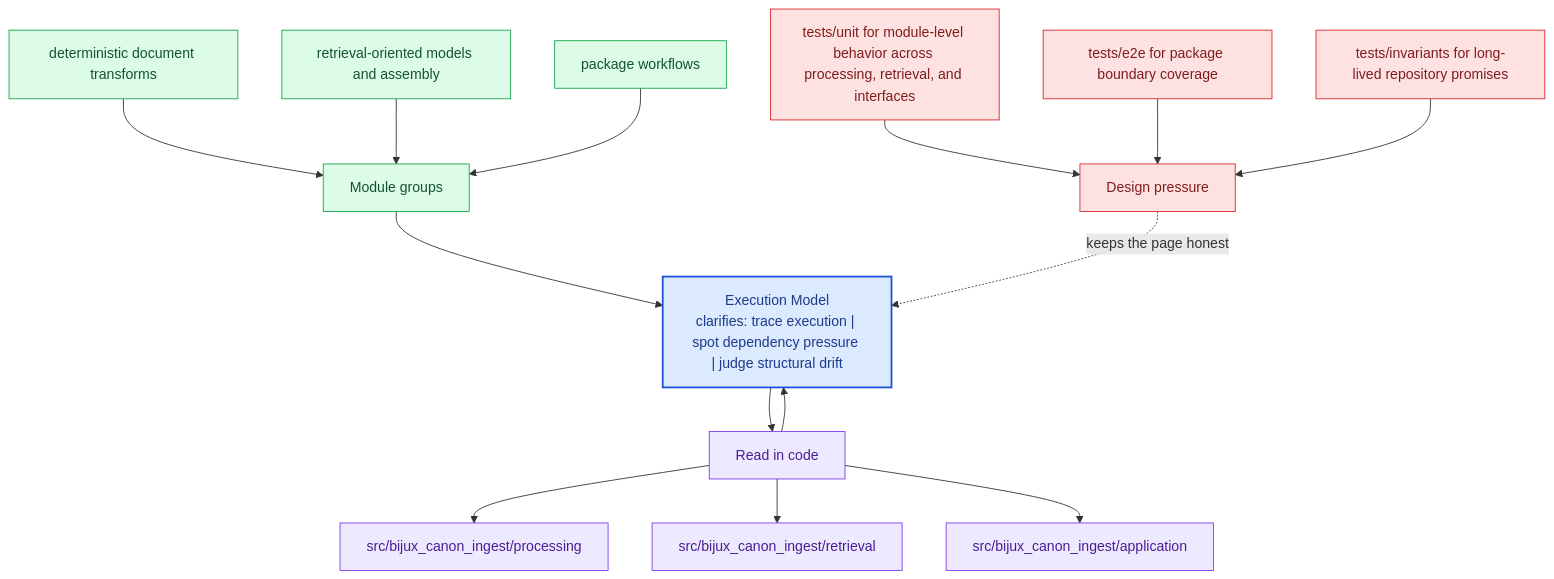
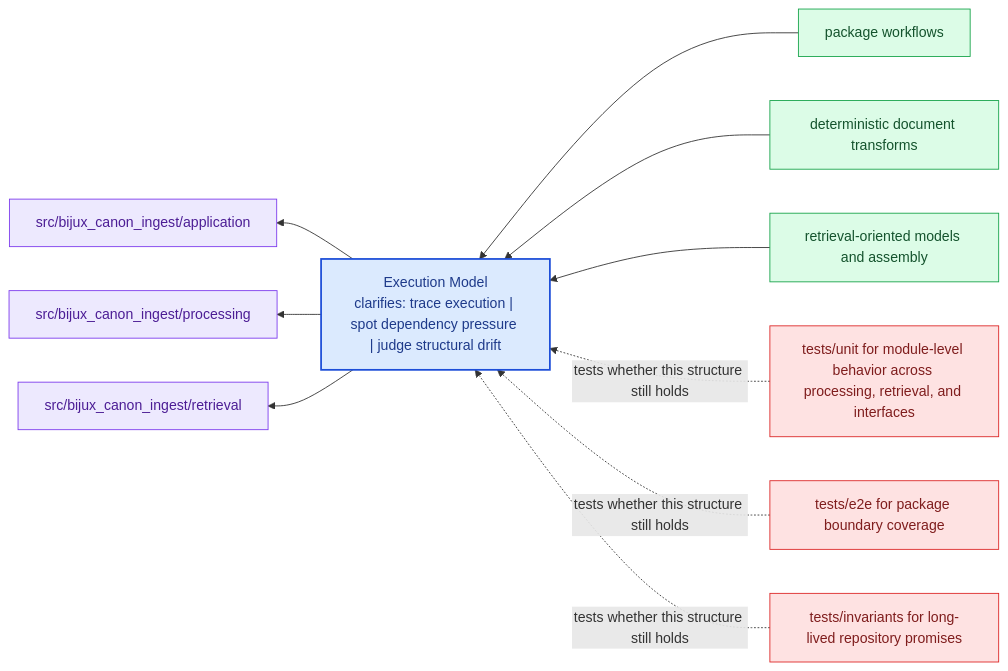
Before and after one commit to bijux/bijux-canon: the diagram in docs/bijux-canon-ingest/architecture/execution-model.md, drawn with Mermaid. The commit also changed other lines of this file and 281 other files, not shown here.

Commit message:
docs(diagrams): replace repeated mermaid scaffolds with page-specific summaries

````diff
--- a/docs/bijux-canon-ingest/architecture/execution-model.md
+++ b/docs/bijux-canon-ingest/architecture/execution-model.md
@@ -69,40 +24,31 @@
 ```mermaid
-flowchart TB
-    promise["Execution Model<br/>clarifies: trace execution | spot dependency pressure | judge structural drift"]
-    classDef promise fill:#dbeafe,stroke:#1d4ed8,color:#1e3a8a,stroke-width:2px;
-    classDef driver fill:#dcfce7,stroke:#16a34a,color:#14532d;
-    classDef constraint fill:#fee2e2,stroke:#dc2626,color:#7f1d1d;
-    classDef ground fill:#ede9fe,stroke:#7c3aed,color:#4c1d95;
-    focus1["Module groups"]
-    focus1 --> promise
-    focus1_1["deterministic document transforms"]
-    focus1_1 --> focus1
-    focus1_2["retrieval-oriented models and assembly"]
-    focus1_2 --> focus1
-    focus1_3["package workflows"]
-    focus1_3 --> focus1
-    class focus1 driver;
-    class focus1_1,focus1_2,focus1_3 driver;
-    focus2["Read in code"]
-    focus2 --> promise
-    promise --> focus2
-    focus2_1["src/bijux_canon_ingest/processing"]
-    focus2 --> focus2_1
-    focus2_2["src/bijux_canon_ingest/retrieval"]
-    focus2 --> focus2_2
-    focus2_3["src/bijux_canon_ingest/application"]
-    focus2 --> focus2_3
-    class focus2 ground;
-    class focus2_1,focus2_2,focus2_3 ground;
-    focus3["Design pressure"]
-    focus3 -.keeps the page honest.-> promise
-    focus3_1["tests/unit for module-level behavior across processing, retrieval, and interfaces"]
-    focus3_1 --> focus3
-    focus3_2["tests/e2e for package boundary coverage"]
-    focus3_2 --> focus3
-    focus3_3["tests/invariants for long-lived repository promises"]
-    focus3_3 --> focus3
-    class focus3 constraint;
-    class focus3_1,focus3_2,focus3_3 constraint;
-    class promise promise;
+flowchart RL
+    page["Execution Model<br/>clarifies: trace execution | spot dependency pressure | judge structural drift"]
+    classDef page fill:#dbeafe,stroke:#1d4ed8,color:#1e3a8a,stroke-width:2px;
+    classDef positive fill:#dcfce7,stroke:#16a34a,color:#14532d;
+    classDef caution fill:#fee2e2,stroke:#dc2626,color:#7f1d1d;
+    classDef anchor fill:#ede9fe,stroke:#7c3aed,color:#4c1d95;
+    classDef action fill:#fef3c7,stroke:#d97706,color:#7c2d12;
+    module1["package workflows"]
+    module1 --> page
+    module2["deterministic document transforms"]
+    module2 --> page
+    module3["retrieval-oriented models and assembly"]
+    module3 --> page
+    code1["src/bijux_canon_ingest/application"]
+    page --> code1
+    code2["src/bijux_canon_ingest/processing"]
+    page --> code2
+    code3["src/bijux_canon_ingest/retrieval"]
+    page --> code3
+    pressure1["tests/unit for module-level behavior across processing, retrieval, and interfaces"]
+    pressure1 -.tests whether this structure still holds.-> page
+    pressure2["tests/e2e for package boundary coverage"]
+    pressure2 -.tests whether this structure still holds.-> page
+    pressure3["tests/invariants for long-lived repository promises"]
+    pressure3 -.tests whether this structure still holds.-> page
+    class page page;
+    class module1,module2,module3 positive;
+    class code1,code2,code3 anchor;
+    class pressure1,pressure2,pressure3 caution;
 ```
````
